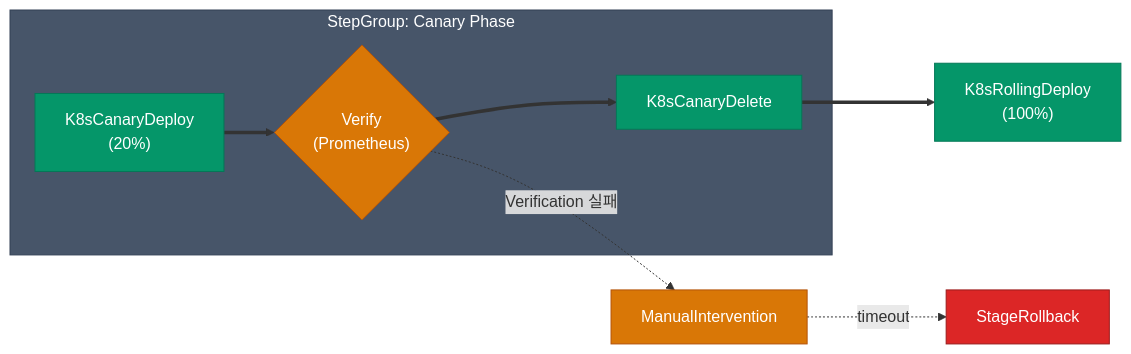
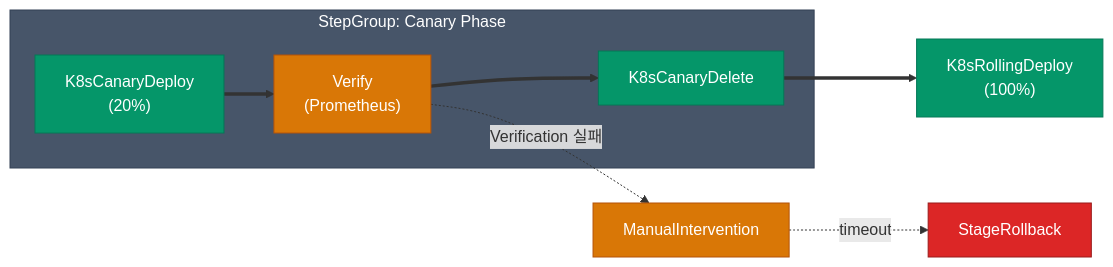
Before and after one commit to No1Joon/No1Joon.github.io: the second of 3 diagrams in _posts/2026-04-08-harness-03-pipeline.md, drawn with Mermaid. The commit also changed other lines of this file and 18 other files, not shown here.

````diff
--- a/_posts/2026-04-08-harness-03-pipeline.md
+++ b/_posts/2026-04-08-harness-03-pipeline.md
@@ -110,20 +110,20 @@
 ```mermaid
 flowchart LR
     subgraph canary["StepGroup: Canary Phase"]
-        A["K8sCanaryDeploy<br/>(20%)"] ==> B{"Verify<br/>(Prometheus)"}
+        A["K8sCanaryDeploy<br/>(20%)"] ==> B["Verify<br/>(Prometheus)"]
         B ==> C["K8sCanaryDelete"]
     end
     C ==> D["K8sRollingDeploy<br/>(100%)"]
     B -. "Verification 실패" .-> M["ManualIntervention"]
     M -. "timeout" .-> R["StageRollback"]
 
     classDef success fill:#059669,stroke:#047857,color:#ffffff
     classDef warn fill:#d97706,stroke:#b45309,color:#ffffff
     classDef danger fill:#dc2626,stroke:#991b1b,color:#ffffff
     classDef neutral fill:#475569,stroke:#334155,color:#ffffff
 
     class A,C,D success
     class B,M warn
     class R danger
     class canary neutral
 ```
````
